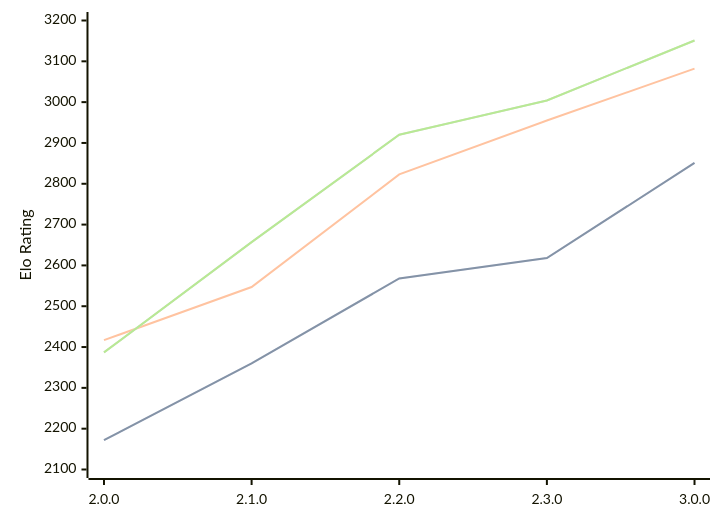
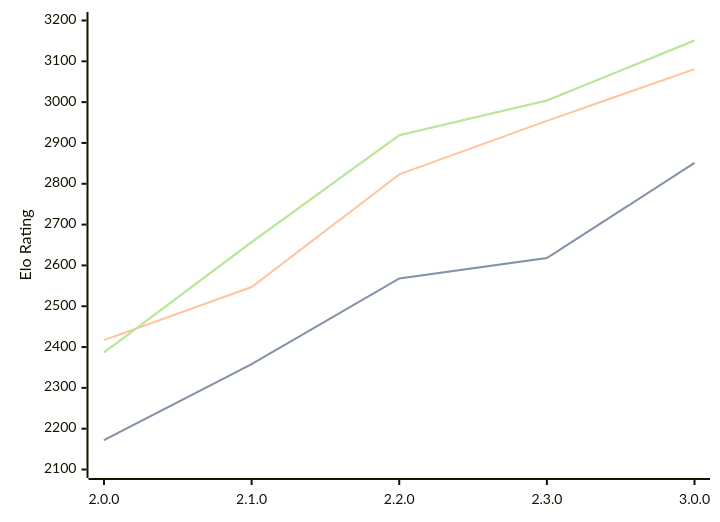
Before and after one commit to computer-chess-index/cci: the diagram in engines/Raphael.md, drawn with Mermaid. The commit also changed other lines of this file, not shown here.

Commit message:
Update CCI Ratings (ELO VLTC) - 2026-03-01

````diff
--- a/engines/Raphael.md
+++ b/engines/Raphael.md
@@ -45,11 +45,11 @@
 ```mermaid
 %%{init: {"theme":"base","themeVariables":{"seriesColors:['#a3a3a3','#222221','#faa371']}}}%%
 xychart-beta
   x-axis ["2.0.0", "2.1.0", "2.2.0", "2.3.0", "3.0.0"]
   y-axis "Elo Rating" 2100 --> 3200
-  line "STC (8.0+0.08s)" [2172, 2360, 2568, 2618, 2851]
-  line "STC (8.0+0.08s)" [2172, 2360, 2568, 2618, 2851]
-  line "LTC (60.0+0.60s)" [2417, 2547, 2823, 2955, 3082]
-  line "VLTC (2m24s+1.12s)" [2387, 2657, 2920, 3004, 3151]
-  line "VLTC (2m24s+1.12s)" [2387, 2657, 2920, 3004, 3151]
+  line "STC (8.0+0.08s)" [2172, 2358, 2568, 2618, 2851]
+  line "STC (8.0+0.08s)" [2172, 2358, 2568, 2618, 2851]
+  line "LTC (60.0+0.60s)" [2417, 2547, 2823, 2954, 3081]
+  line "VLTC (2m24s+1.12s)" [2387, 2657, 2919, 3004, 3151]
+  line "VLTC (2m24s+1.12s)" [2387, 2657, 2919, 3004, 3151]
 ```
````
